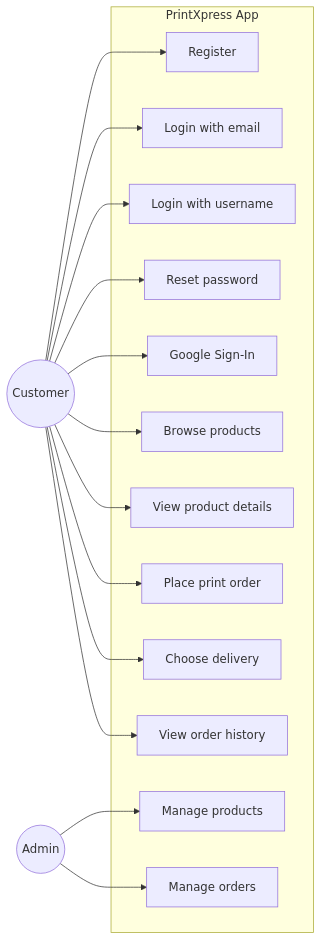
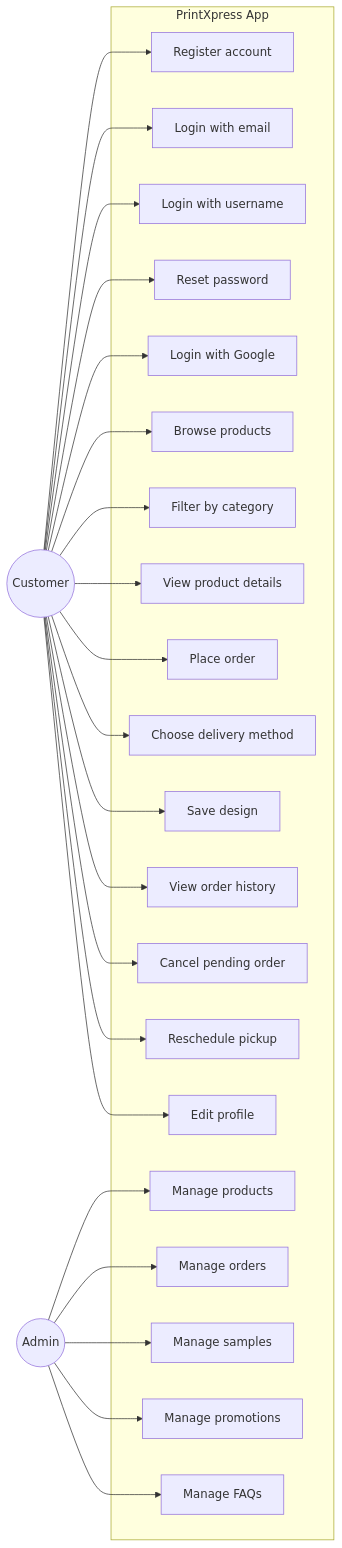
Before and after one commit to Fathima-Asna/ICBT-MAD-Assignment: the first of 13 diagrams in README.md, drawn with Mermaid. The commit also changed other lines of this file, not shown here.

Commit message:
docs: update comprehensive README with user manual, UML diagrams and technical docs

````diff
--- a/README.md
+++ b/README.md
@@ -128,34 +387,50 @@
 ```mermaid
 graph LR
-    User((Customer))
+    Customer((Customer))
     Admin((Admin))
 
     subgraph PrintXpress App
-        UC1[Register]
+        UC1[Register account]
         UC2[Login with email]
         UC3[Login with username]
         UC4[Reset password]
-        UC5[Google Sign-In]
+        UC5[Login with Google]
         UC6[Browse products]
-        UC7[View product details]
-        UC8[Place print order]
-        UC9[Choose delivery]
-        UC10[View order history]
-        UC11[Manage products]
-        UC12[Manage orders]
+        UC7[Filter by category]
+        UC8[View product details]
+        UC9[Place order]
+        UC10[Choose delivery method]
+        UC11[Save design]
+        UC12[View order history]
+        UC13[Cancel pending order]
+        UC14[Reschedule pickup]
+        UC15[Edit profile]
+        UC16[Manage products]
+        UC17[Manage orders]
+        UC18[Manage samples]
+        UC19[Manage promotions]
+        UC20[Manage FAQs]
     end
 
-    User --> UC1
-    User --> UC2
-    User --> UC3
-    User --> UC4
-    User --> UC5
-    User --> UC6
-    User --> UC7
-    User --> UC8
-    User --> UC9
-    User --> UC10
+    Customer --> UC1
+    Customer --> UC2
+    Customer --> UC3
+    Customer --> UC4
+    Customer --> UC5
+    Customer --> UC6
+    Customer --> UC7
+    Customer --> UC8
+    Customer --> UC9
+    Customer --> UC10
+    Customer --> UC11
+    Customer --> UC12
+    Customer --> UC13
+    Customer --> UC14
+    Customer --> UC15
 
-    Admin --> UC11
-    Admin --> UC12
+    Admin --> UC16
+    Admin --> UC17
+    Admin --> UC18
+    Admin --> UC19
+    Admin --> UC20
 ```
````
